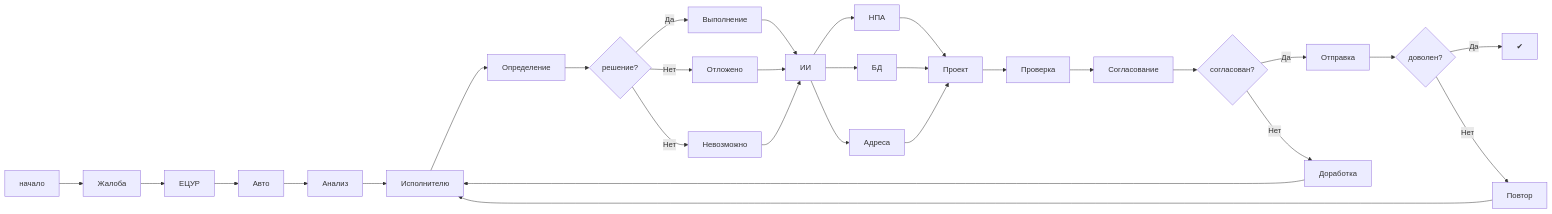
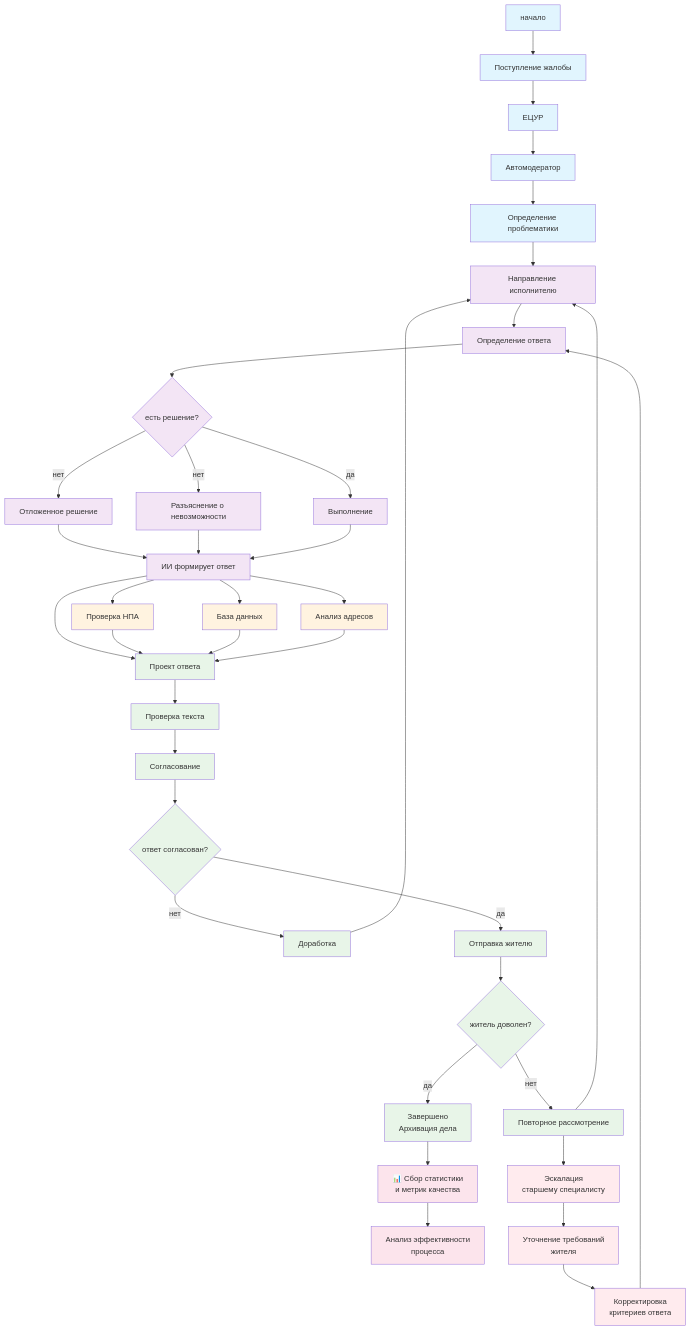
The diagram in README.md (alinatrooo/-), drawn with Mermaid before and after one commit. The commit also changed other lines of this file, not shown here.

````diff
--- a/README.md
+++ b/README.md
@@ -1,28 +3,66 @@
 ```mermaid
-flowchart LR
-    %% Первый этап - верх
-    A1[начало] --> A2[Жалоба] --> A3[ЕЦУР] --> A4[Авто] --> A5[Анализ]
+flowchart TB
+    %% Первый этап - верхний ряд
+    A1[начало] --> A2[Поступление жалобы] --> A3[ЕЦУР] --> A4[Автомодератор] --> A5[Определение проблематики]
+    
+    %% Второй этап - средний ряд (под первым)
+    A5 --> B1[Направление исполнителю]
+    B1 --> B2[Определение ответа] 
+    B2 --> B3{есть решение?}
+    
+    B3 -->|нет| B4[Отложенное решение]
+    B3 -->|нет| B5[Разъяснение о невозможности] 
+    B3 -->|да| B6[Выполнение]
+    
+    B4 --> B7[ИИ формирует ответ]
+    B5 --> B7
+    B6 --> B7
 
-    %% Второй этап - середина
-    B1[Исполнителю] --> B2[Определение] --> B3{решение?}
-    B3 -->|Да| B4[Выполнение] --> B5[ИИ]
-    B3 -->|Нет| B6[Отложено] --> B5
-    B3 -->|Нет| B7[Невозможно] --> B5
+    %% Третий этап - нижний ряд (под вторым)
+    B7 --> C1[Проект ответа]
+    C1 --> C2[Проверка текста] 
+    C2 --> C3[Согласование] 
+    C3 --> C4{ответ согласован?}
+    
+    C4 -->|нет| C5[Доработка]
+    C4 -->|да| C6[Отправка жителю]
+    C6 --> C7{житель доволен?}
+    
+    C7 -->|да| C8[Завершено<br>Архивация дела]
+    C7 -->|нет| C9[Повторное рассмотрение]
 
-    %% Третий этап - низ
-    C1[Проект] --> C2[Проверка] --> C3[Согласование] --> C4{согласован?}
-    C4 -->|Да| C5[Отправка] --> C6{доволен?}
-    C4 -->|Нет| C7[Доработка]
-    C6 -->|Да| C8[✔]
-    C6 -->|Нет| C9[Повтор]
+    %% Параллельные процессы - справа от третьего этапа
+    B7 --> D1[Проверка НПА] --> C1
+    B7 --> D2[База данных] --> C1
+    B7 --> D3[Анализ адресов] --> C1
 
-    %% Данные - справа
-    B5 --> D1[НПА] --> C1
-    B5 --> D2[БД] --> C1
-    B5 --> D3[Адреса] --> C1
+    %% Новые блоки - контроль качества и метрики
+    C8 --> E1[📊 Сбор статистики<br>и метрик качества]
+    E1 --> E2[Анализ эффективности<br>процесса]
+    
+    C9 --> F1[Эскалация<br>старшему специалисту]
+    F1 --> F2[Уточнение требований<br>жителя]
+    F2 --> F3[Корректировка<br>критериев ответа]
 
-    %% Основные связи
-    A5 --> B1
-    C7 --> B1
+    %% Обратные связи
+    C5 --> B1
     C9 --> B1
+    F3 --> B2
+
+    %% Стили для визуального разделения этапов
+    class A1,A2,A3,A4,A5 stage1
+    class B1,B2,B3,B4,B5,B6,B7 stage2
+    class C1,C2,C3,C4,C5,C6,C7,C8,C9 stage3
+    class D1,D2,D3 data
+    class E1,E2 analytics
+    class F1,F2,F3 escalation
+    class G1,G2,G3 timing
+    
+    classDef stage1 fill:#e1f5fe
+    classDef stage2 fill:#f3e5f5
+    classDef stage3 fill:#e8f5e8
+    classDef data fill:#fff3e0
+    classDef analytics fill:#fce4ec
+    classDef escalation fill:#ffebee
+    classDef timing fill:#e0f2f1
 ```
````
